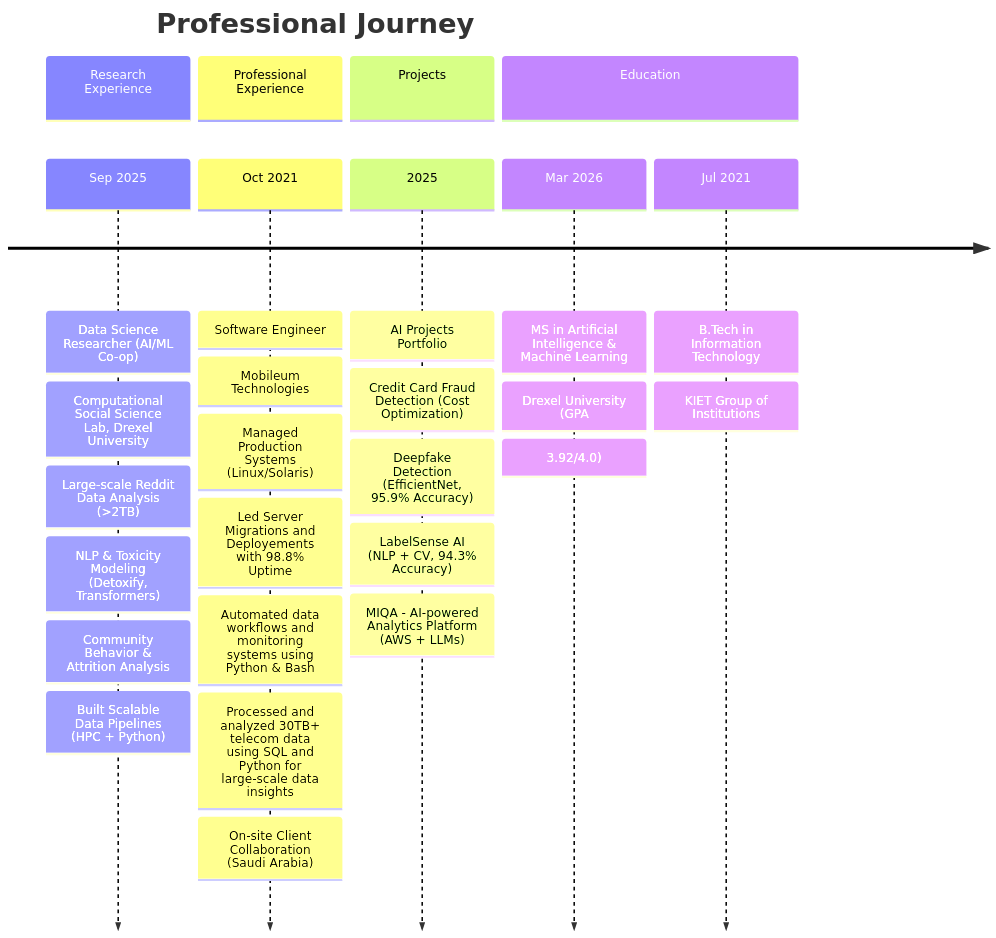
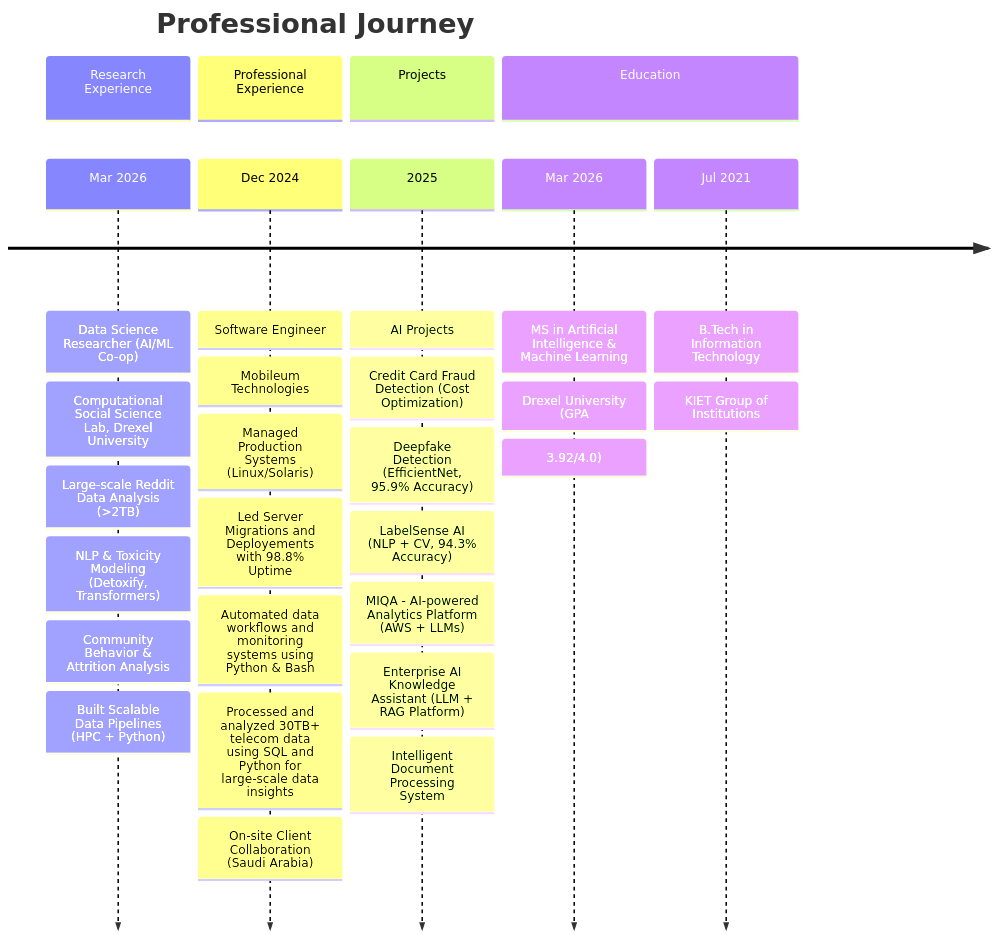
The diagram in README.md (ShobhitDixit98/ShobhitDixit98), drawn with Mermaid before and after one commit.

Commit message:
Update dates and project details in README.md

````diff
--- a/README.md
+++ b/README.md
@@ -37,35 +37,37 @@
 ```mermaid
 timeline
     title Professional Journey
 
     section Research Experience
-    Sep 2025 : Data Science Researcher (AI/ML Co-op)
+    Mar 2026 : Data Science Researcher (AI/ML Co-op)
              : Computational Social Science Lab, Drexel University
              : Large-scale Reddit Data Analysis (>2TB)
              : NLP & Toxicity Modeling (Detoxify, Transformers)
              : Community Behavior & Attrition Analysis
              : Built Scalable Data Pipelines (HPC + Python)
 
     section Professional Experience
-    Oct 2021 : Software Engineer
+    Dec 2024 : Software Engineer
              : Mobileum Technologies
              : Managed Production Systems (Linux/Solaris)
              : Led Server Migrations and Deployements with 98.8% Uptime
              : Automated data workflows and monitoring systems using Python & Bash
              : Processed and analyzed 30TB+ telecom data using SQL and Python for large-scale data insights
              : On-site Client Collaboration (Saudi Arabia) 
 
     section Projects
-    2025 : AI Projects Portfolio
+    2025 : AI Projects
          : Credit Card Fraud Detection (Cost Optimization)
          : Deepfake Detection (EfficientNet, 95.9% Accuracy)
          : LabelSense AI (NLP + CV, 94.3% Accuracy)
          : MIQA - AI-powered Analytics Platform (AWS + LLMs)
+         : Enterprise AI Knowledge Assistant (LLM + RAG Platform) 
+         : Intelligent Document Processing System 
 
     section Education
     Mar 2026 : MS in Artificial Intelligence & Machine Learning
              : Drexel University (GPA: 3.92/4.0)
 
     Jul 2021 : B.Tech in Information Technology
              : KIET Group of Institutions
 ```
````
